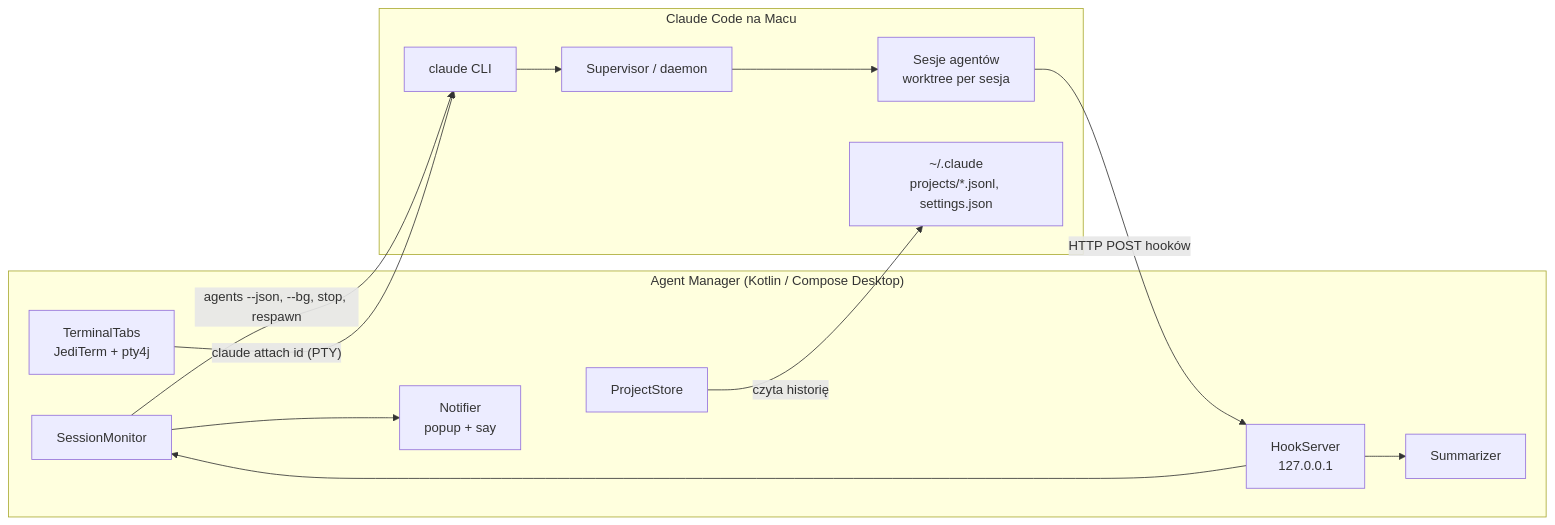
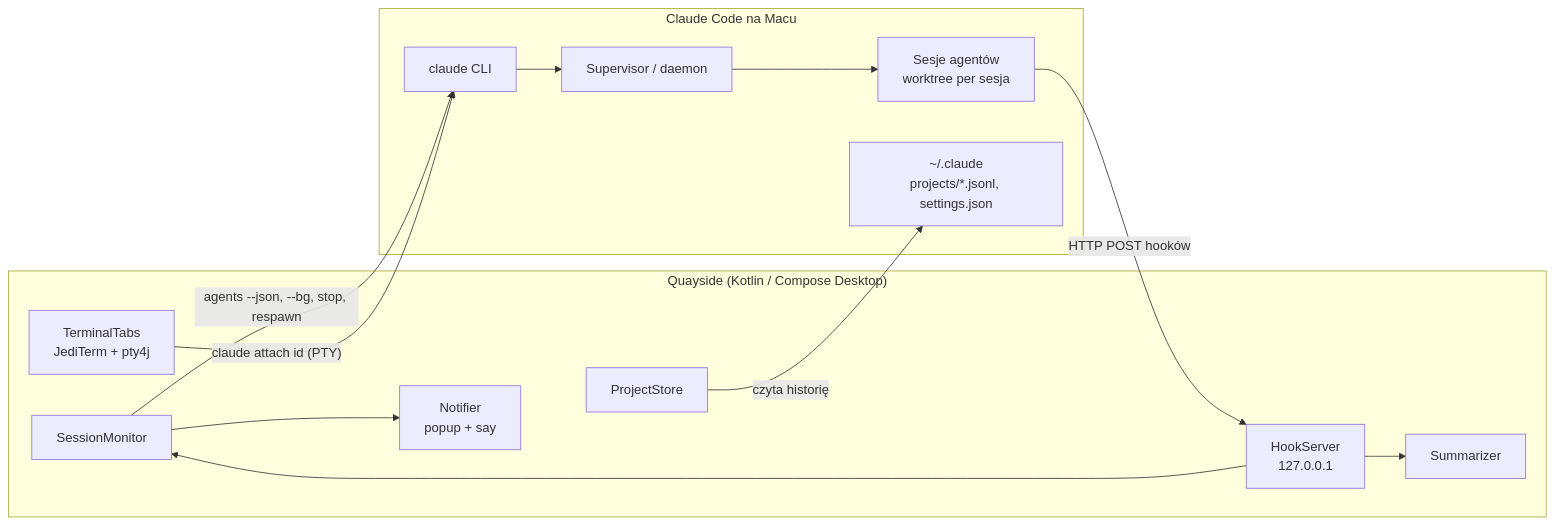
The diagram in docs/03-architektura.md (KrystianKatafoni/quayside), drawn with Mermaid before and after one commit. The commit also changed other lines of this file and 50 other files, not shown here.

First line of the commit message:
docs: rename project to Quayside and remap roadmap issues

````diff
--- a/docs/03-architektura.md
+++ b/docs/03-architektura.md
@@ -11,24 +11,24 @@
 ```mermaid
 flowchart LR
-  subgraph App["Agent Manager (Kotlin / Compose Desktop)"]
+  subgraph App["Quayside (Kotlin / Compose Desktop)"]
     P[ProjectStore]
     M[SessionMonitor]
     T[TerminalTabs<br/>JediTerm + pty4j]
     H[HookServer<br/>127.0.0.1]
     N[Notifier<br/>popup + say]
     S[Summarizer]
   end
   subgraph CC["Claude Code na Macu"]
     CLI[claude CLI]
     SUP[Supervisor / daemon]
     SES[Sesje agentów<br/>worktree per sesja]
     FS[~/.claude<br/>projects/*.jsonl, settings.json]
   end
   M -- "agents --json, --bg, stop, respawn" --> CLI
   T -- "claude attach id (PTY)" --> CLI
   CLI --> SUP --> SES
   SES -- "HTTP POST hooków" --> H
   H --> M --> N
   H --> S
   P -- "czyta historię" --> FS
 ```
````
